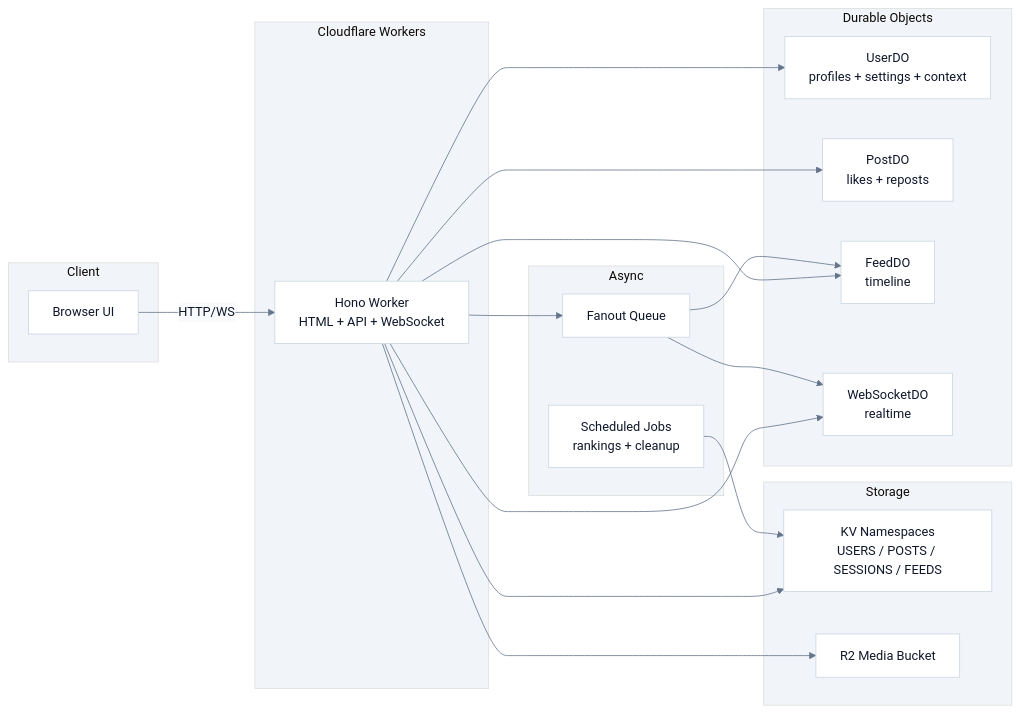
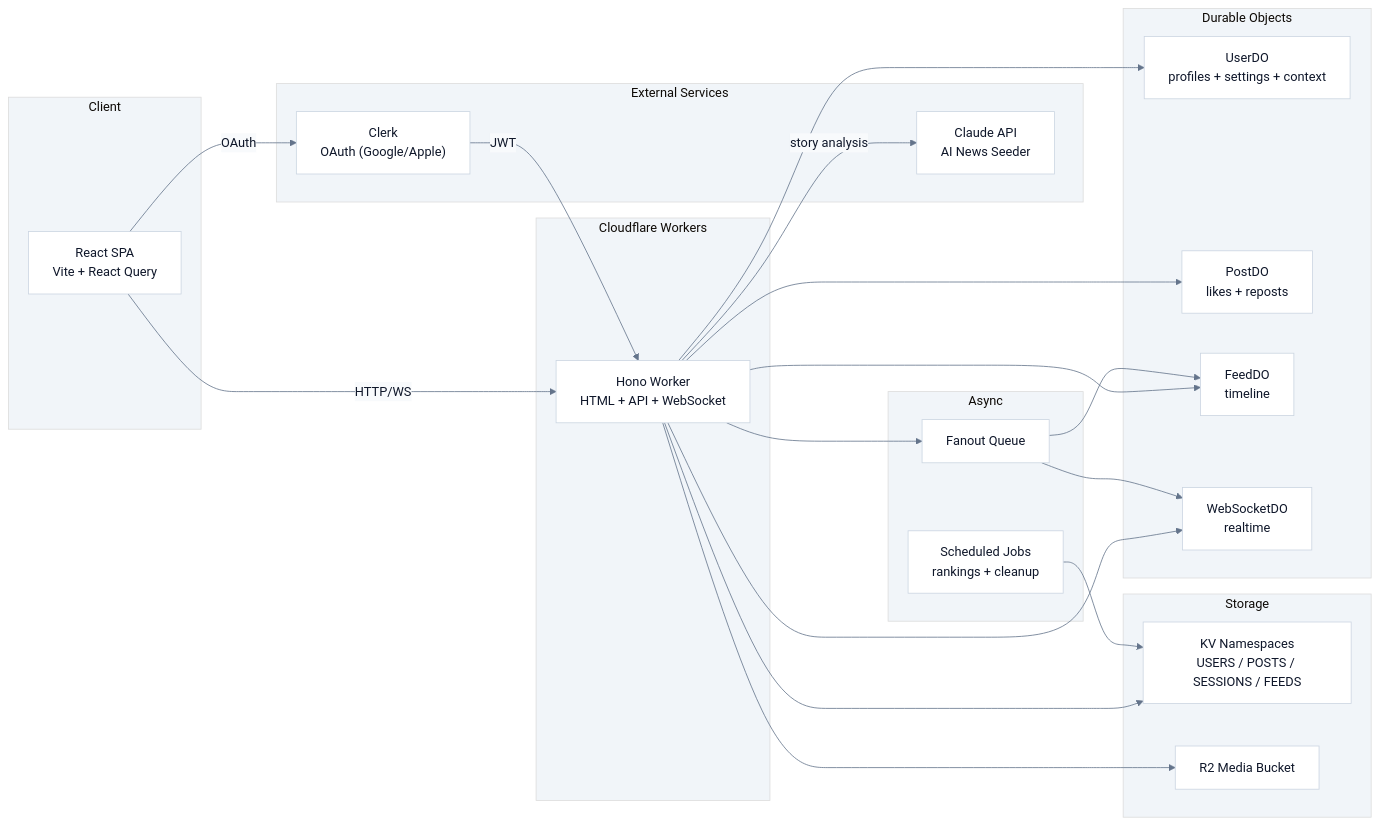
Before and after one commit to chrischabot/the-wire: the diagram in docs/architecture.mmd, drawn with Mermaid. The commit also changed 6 other files, not shown here.

```diff
--- a/docs/architecture.mmd
+++ b/docs/architecture.mmd
@@ -1,39 +1,47 @@
 %%{init: {'theme': 'base', 'themeVariables': { 'primaryColor': '#E2E8F0', 'primaryTextColor': '#0F172A', 'primaryBorderColor': '#CBD5E1', 'lineColor': '#64748B', 'secondaryColor': '#F8FAFC', 'tertiaryColor': '#F1F5F9', 'background': '#FFFFFF', 'mainBkg': '#FFFFFF', 'textColor': '#0F172A'}}}%%
 
 flowchart LR
   subgraph Client["Client"]
-    Browser["Browser UI"]
+    Browser["React SPA<br/>Vite + React Query"]
+  end
+
+  subgraph External["External Services"]
+    Clerk["Clerk<br/>OAuth (Google/Apple)"]
+    Claude["Claude API<br/>AI News Seeder"]
   end
 
   subgraph Edge["Cloudflare Workers"]
     Worker["Hono Worker<br/>HTML + API + WebSocket"]
   end
 
   subgraph DO["Durable Objects"]
     UserDO["UserDO<br/>profiles + settings + context"]
     PostDO["PostDO<br/>likes + reposts"]
     FeedDO["FeedDO<br/>timeline"]
     WebSocketDO["WebSocketDO<br/>realtime"]
   end
 
   subgraph Storage["Storage"]
     KV["KV Namespaces<br/>USERS / POSTS / SESSIONS / FEEDS"]
     R2["R2 Media Bucket"]
   end
 
   subgraph Async["Async"]
     Queue["Fanout Queue"]
     Cron["Scheduled Jobs<br/>rankings + cleanup"]
   end
 
   Browser -->|HTTP/WS| Worker
+  Browser -->|OAuth| Clerk
+  Clerk -->|JWT| Worker
+  Worker -->|story analysis| Claude
   Worker --> UserDO
   Worker --> PostDO
   Worker --> FeedDO
   Worker --> WebSocketDO
   Worker --> KV
   Worker --> R2
   Worker --> Queue
   Queue --> FeedDO
   Queue --> WebSocketDO
   Cron --> KV
```
